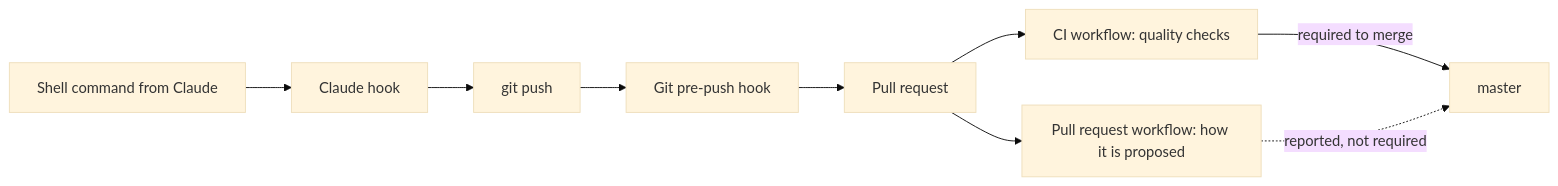
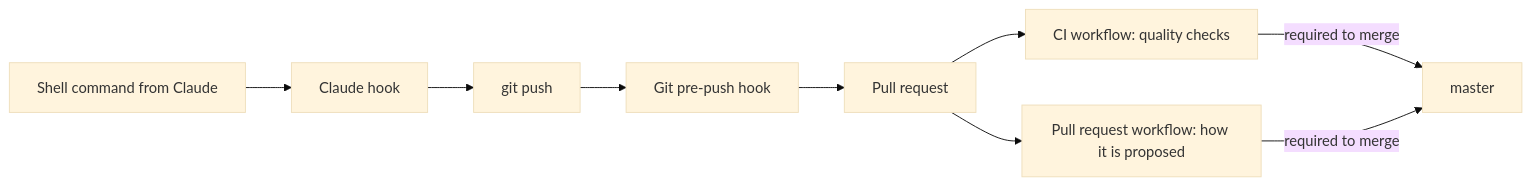
One commit to stimothy/claude-plans changed the diagram in docs/designs/0001-architecture.md. Above: the diagram before and after it, drawn with Mermaid (base theme). The commit also changed other lines of this file and 37 other files, not shown here.

````diff
--- a/docs/designs/0001-architecture.md
+++ b/docs/designs/0001-architecture.md
@@ -14,11 +14,11 @@
 ```mermaid
 flowchart LR
     command["Shell command from Claude"] --> hook["Claude hook"]
     hook --> push["git push"]
     push --> prepush["Git pre-push hook"]
     prepush --> request["Pull request"]
     request --> quality["CI workflow: quality checks"]
     request --> proposal["Pull request workflow: how it is proposed"]
     quality -->|required to merge| master["master"]
-    proposal -.->|reported, not required| master
+    proposal -->|required to merge| master
 ```
````
